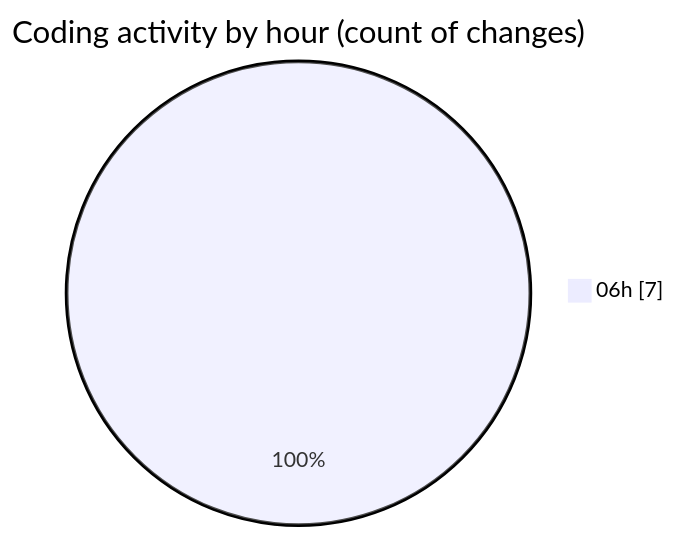
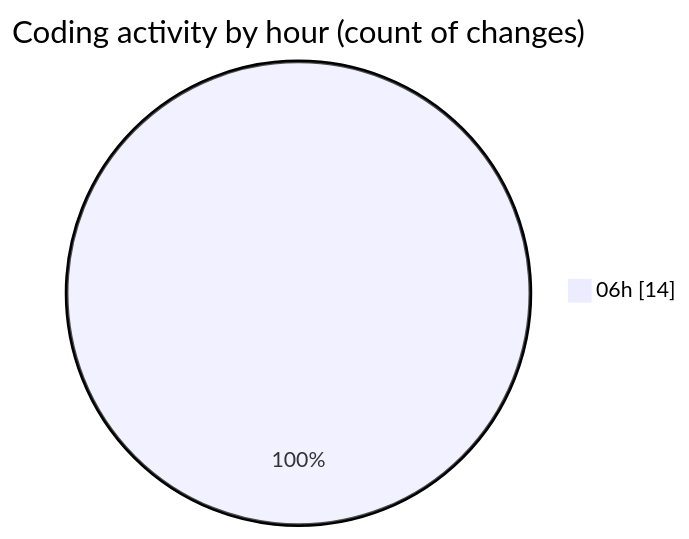
One commit to robertbonfada/code-tracking changed the second of 2 diagrams in 2025-02-21/termonied_testador/README.md. Above: the diagram before and after it, drawn with Mermaid. The commit also changed other lines of this file and 1 other file, not shown here.

````diff
--- a/2025-02-21/termonied_testador/README.md
+++ b/2025-02-21/termonied_testador/README.md
@@ -30,5 +32,5 @@
 ```mermaid
 pie showData
 title Coding activity by hour (count of changes)
-"06h" : 7
+"06h" : 14
 ```
````
